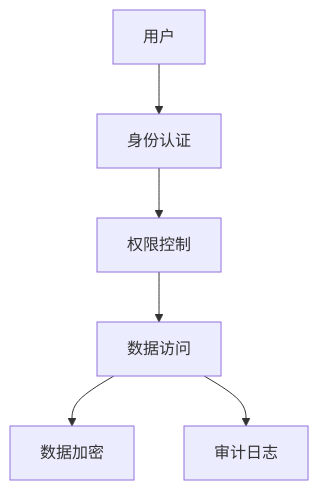
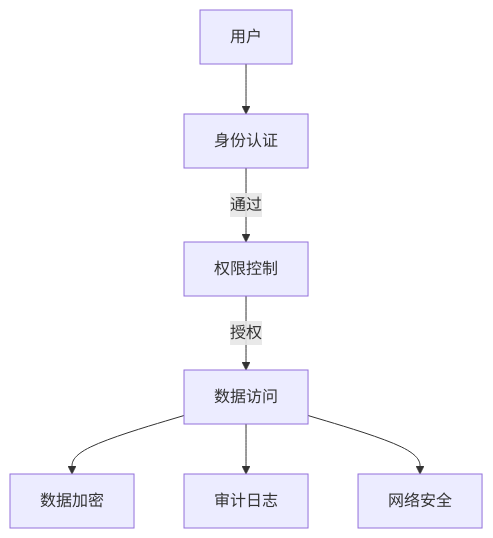
One commit to AdaMartin18010/Data-Science changed the first of 5 diagrams in Analysis/1-数据库系统/1.4-NewSQL/1.4.7-安全与合规.md. Above: the diagram before and after it, drawn with Mermaid. The commit also changed other lines of this file and 338 other files, not shown here.

````diff
--- a/Analysis/1-数据库系统/1.4-NewSQL/1.4.7-安全与合规.md
+++ b/Analysis/1-数据库系统/1.4-NewSQL/1.4.7-安全与合规.md
@@ -20,7 +80,9 @@
 ```mermaid
-flowchart TD
-  U[用户] --> A[身份认证] --> P[权限控制]
-  P --> D[数据访问]
-  D --> E[数据加密]
-  D --> L[审计日志]
+graph TB
+    User[用户] --> Auth[身份认证]
+    Auth -->|通过| Authz[权限控制]
+    Authz -->|授权| Access[数据访问]
+    Access --> Encrypt[数据加密]
+    Access --> Audit[审计日志]
+    Access --> Network[网络安全]
 ```
````
